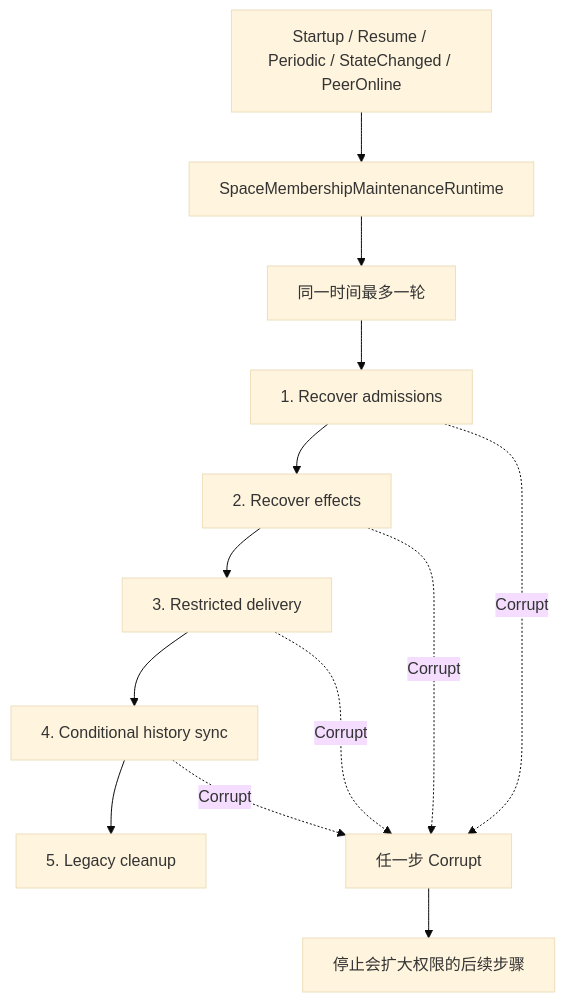
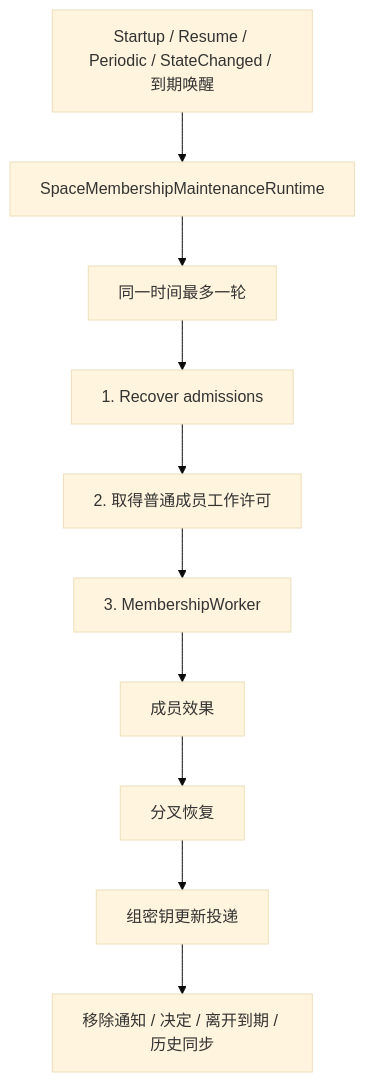
The fourth of 5 diagrams in docs/design-docs/space-application.md (UniClipboard/Engine), drawn with Mermaid (base theme) before and after one commit. The commit also changed other lines of this file and 13 other files, not shown here.

````diff
--- a/docs/design-docs/space-application.md
+++ b/docs/design-docs/space-application.md
@@ -234,15 +245,12 @@
 ```mermaid
 flowchart TD
-    Trigger[Startup / Resume / Periodic / StateChanged / PeerOnline] --> Runtime[SpaceMembershipMaintenanceRuntime]
+    Trigger[Startup / Resume / Periodic / StateChanged / 到期唤醒] --> Runtime[SpaceMembershipMaintenanceRuntime]
     Runtime --> OneRound[同一时间最多一轮]
     OneRound --> Admission[1. Recover admissions]
-    Admission --> Effects[2. Recover effects]
-    Effects --> Restricted[3. Restricted delivery]
-    Restricted --> Sync[4. Conditional history sync]
-    Sync --> Cleanup[5. Legacy cleanup]
-    Corrupt[任一步 Corrupt] --> Stop[停止会扩大权限的后续步骤]
-    Admission -. Corrupt .-> Corrupt
-    Effects -. Corrupt .-> Corrupt
-    Restricted -. Corrupt .-> Corrupt
-    Sync -. Corrupt .-> Corrupt
+    Admission --> Permit[2. 取得普通成员工作许可]
+    Permit --> Worker[3. MembershipWorker]
+    Worker --> Effects[成员效果]
+    Effects --> Conflicts[分叉恢复]
+    Conflicts --> GroupUpdates[组密钥更新投递]
+    GroupUpdates --> Network[移除通知 / 决定 / 离开到期 / 历史同步]
 ```
````
